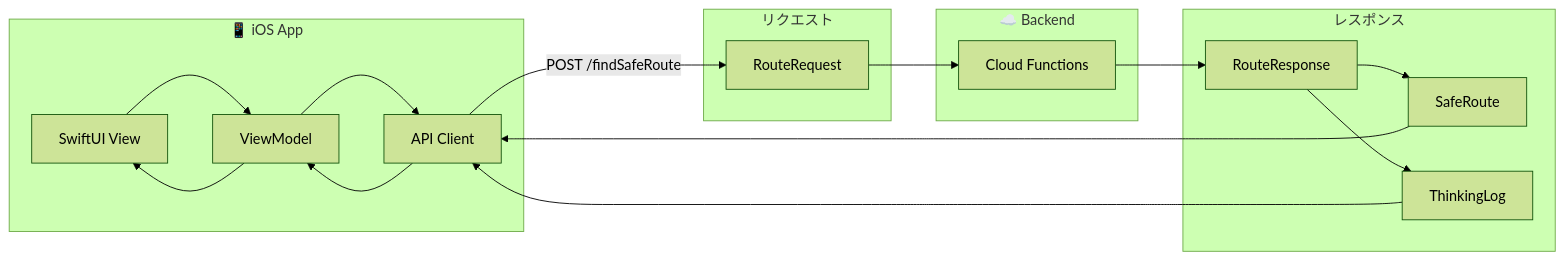
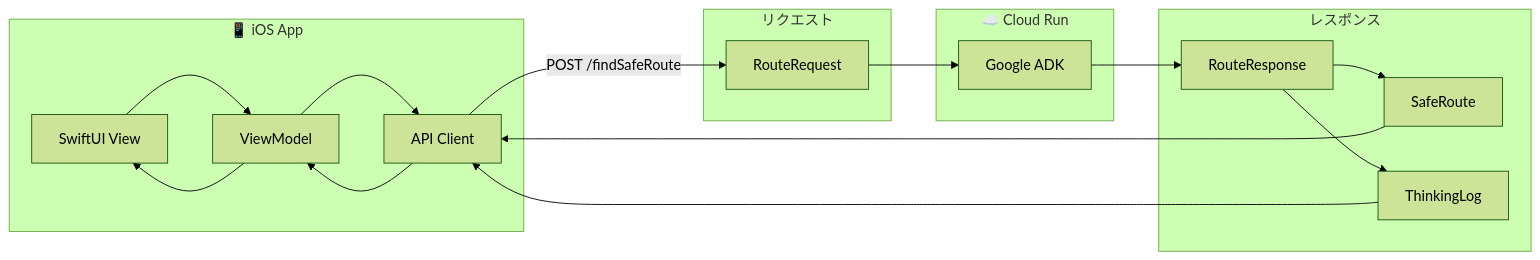
Before and after one commit to Ryg-appdev/safe-routing-ai-navigation: the first of 3 diagrams in Docs/確定/04_基本設計書.md, drawn with Mermaid (forest theme). The commit also changed other lines of this file and 6 other files, not shown here.

````diff
--- a/Docs/確定/04_基本設計書.md
+++ b/Docs/確定/04_基本設計書.md
@@ -7,32 +7,32 @@
 ```mermaid
 flowchart LR
-    subgraph Client [📱 iOS App]
-        UI[SwiftUI View]
-        VM[ViewModel]
-        API[API Client]
+    subgraph Client ["📱 iOS App"]
+        UI["SwiftUI View"]
+        VM["ViewModel"]
+        API["API Client"]
     end
 
-    subgraph Request [リクエスト]
-        RQ[RouteRequest]
+    subgraph Request ["リクエスト"]
+        RQ["RouteRequest"]
     end
 
-    subgraph Response [レスポンス]
-        RS[RouteResponse]
-        SR[SafeRoute]
-        TL[ThinkingLog]
+    subgraph Response ["レスポンス"]
+        RS["RouteResponse"]
+        SR["SafeRoute"]
+        TL["ThinkingLog"]
     end
 
-    subgraph Server [☁️ Backend]
-        CF[Cloud Functions]
+    subgraph Server ["☁️ Cloud Run"]
+        ADK["Google ADK"]
     end
 
     UI --> VM --> API
     API -->|POST /findSafeRoute| RQ
-    RQ --> CF
-    CF --> RS
+    RQ --> ADK
+    ADK --> RS
     RS --> SR
     RS --> TL
     SR --> API
     TL --> API
     API --> VM --> UI
 ```
````
